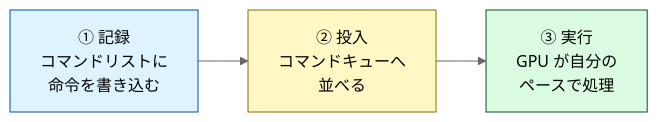
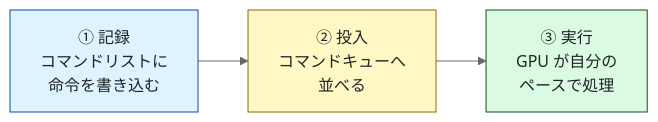
The first of 2 diagrams in docs/tutorial/05_GPUへの命令と同期.md (Tomonorarari-Think/DirectX12Dev), drawn with Mermaid (neutral theme) before and after one commit. The commit also changed 28 other files, not shown here.

First line of the commit message:
fix: 図の文字が暗色モードで読めなくなる問題を直す

````diff
--- a/docs/tutorial/05_GPUへの命令と同期.md
+++ b/docs/tutorial/05_GPUへの命令と同期.md
@@ -14,9 +14,9 @@
 ```mermaid
 flowchart LR
     A["① 記録<br/>コマンドリストに<br/>命令を書き込む"] --> B["② 投入<br/>コマンドキューへ<br/>並べる"]
     B --> C["③ 実行<br/>GPU が自分の<br/>ペースで処理"]
 
-    style A fill:#ddf4ff,stroke:#0a4f9e
-    style B fill:#fff8c5,stroke:#8a6d00
-    style C fill:#dafbe1,stroke:#0d4f21
+    style A fill:#ddf4ff,stroke:#0a4f9e,color:#1f2328
+    style B fill:#fff8c5,stroke:#8a6d00,color:#1f2328
+    style C fill:#dafbe1,stroke:#0d4f21,color:#1f2328
 ```
````
